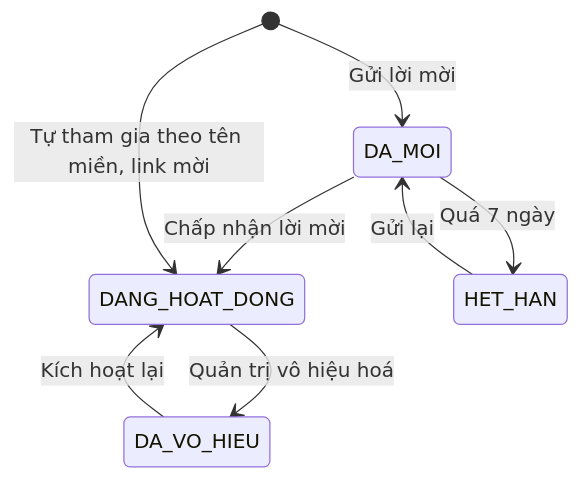
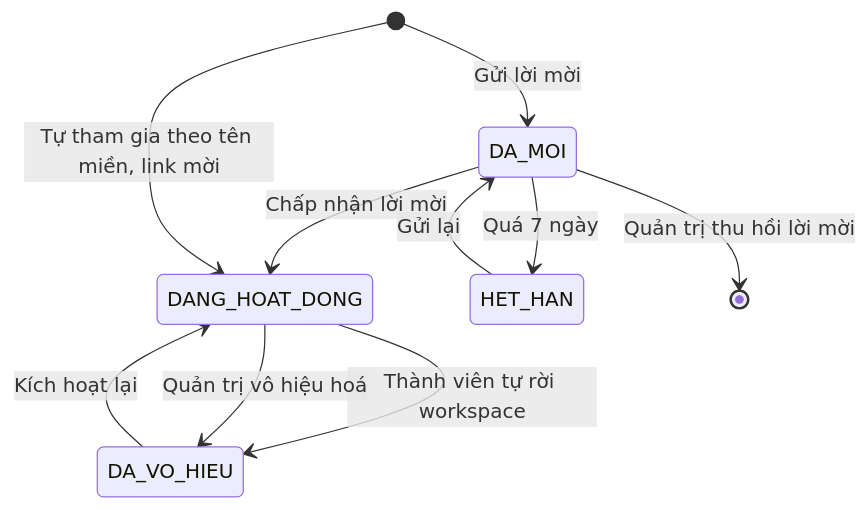
One commit to uxfoundation-vn/de08-nhan-tin-noi-bo-ai changed the first of 6 diagrams in docs/TN01-workspace-kenh-thanh-vien/SRS.md. Above: the diagram before and after it, drawn with Mermaid. The commit also changed other lines of this file and 4 other files, not shown here.

````diff
--- a/docs/TN01-workspace-kenh-thanh-vien/SRS.md
+++ b/docs/TN01-workspace-kenh-thanh-vien/SRS.md
@@ -52,10 +52,12 @@
 ```mermaid
 stateDiagram-v2
   [*] --> DA_MOI : Gửi lời mời
   DA_MOI --> DANG_HOAT_DONG : Chấp nhận lời mời
   DA_MOI --> HET_HAN : Quá 7 ngày
   HET_HAN --> DA_MOI : Gửi lại
+  DA_MOI --> [*] : Quản trị thu hồi lời mời
+  DANG_HOAT_DONG --> DA_VO_HIEU : Thành viên tự rời workspace
   [*] --> DANG_HOAT_DONG : Tự tham gia theo tên miền, link mời
   DANG_HOAT_DONG --> DA_VO_HIEU : Quản trị vô hiệu hoá
   DA_VO_HIEU --> DANG_HOAT_DONG : Kích hoạt lại
 ```
````
